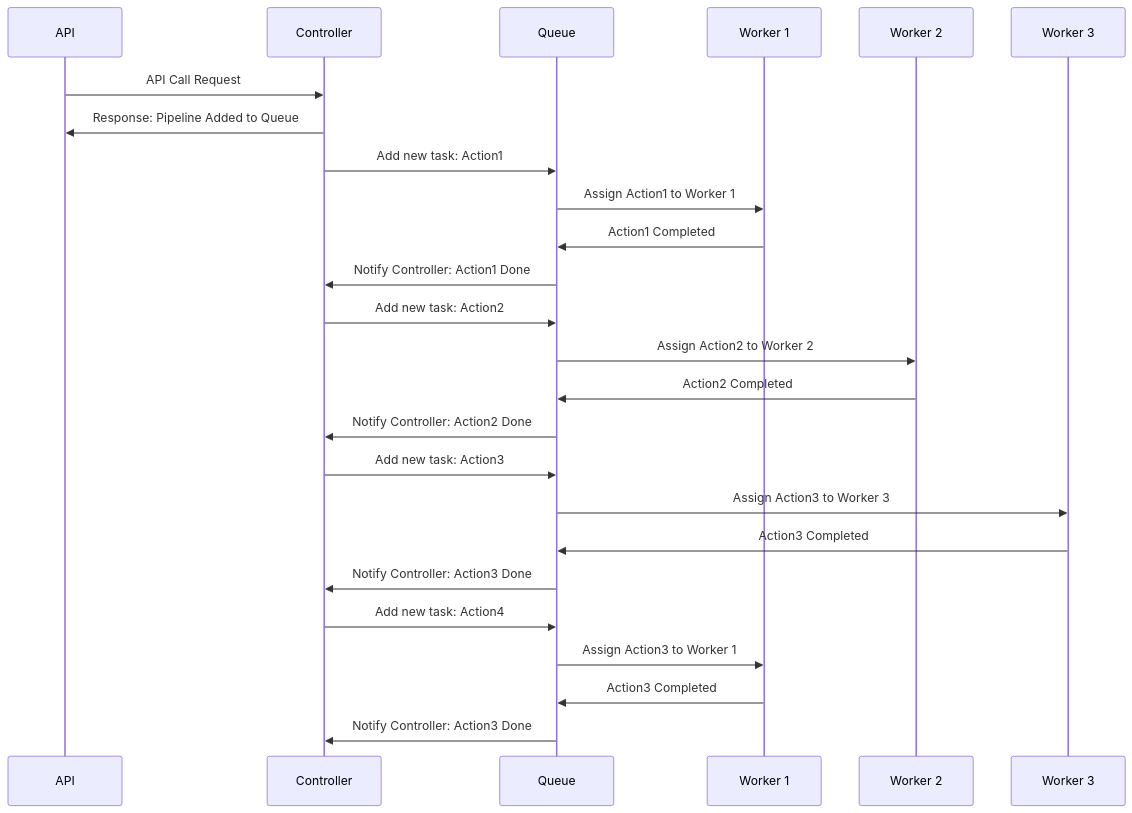
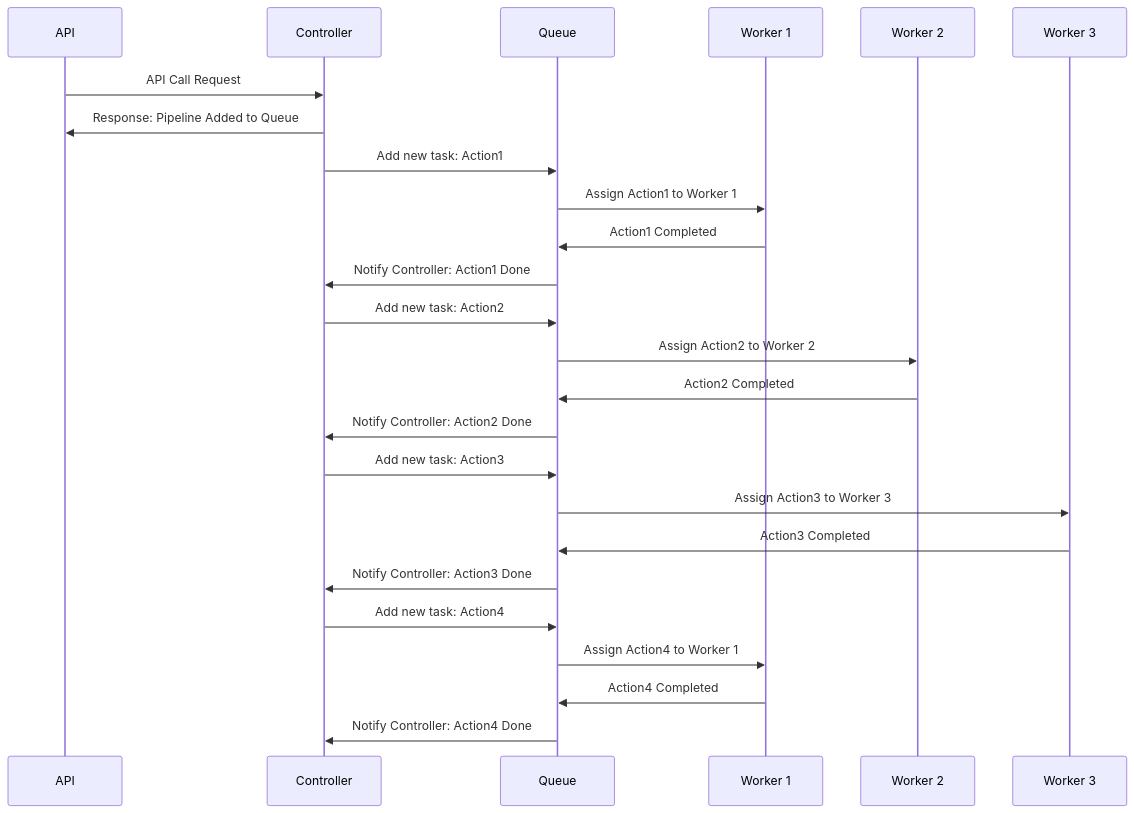
The diagram in README.md (PiotrFerenc/task-tower), drawn with Mermaid before and after one commit.

Commit message:
Update README task processing diagram and To-Do list
The task processing diagram in the README file has been updated to correctly assign and complete Action4 instead of Action3. Additionally, the To-Do list has been reordered: CLI-related tasks have been moved from the version 1.0 list to the version 2.0 list.

````diff
--- a/README.md
+++ b/README.md
@@ -33,28 +33,28 @@
 ```mermaid
 sequenceDiagram
     participant a as API
     participant c as Controller
     participant q as Queue
     participant w1 as Worker 1 
     participant w2 as Worker 2
     participant w3 as Worker 3
 
     a->>c: API Call Request
     c->>a: Response: Pipeline Added to Queue
     c->>q: Add new task: Action1
     q->>w1: Assign Action1 to Worker 1
     w1->>q: Action1 Completed
     q->>c: Notify Controller: Action1 Done
     c->>q: Add new task: Action2
     q->>w2: Assign Action2 to Worker 2
     w2->>q: Action2 Completed
     q->>c: Notify Controller: Action2 Done
     c->>q: Add new task: Action3
     q->>w3: Assign Action3 to Worker 3
     w3->>q: Action3 Completed
     q->>c: Notify Controller: Action3 Done
     c->>q: Add new task: Action4
-    q->>w1: Assign Action3 to Worker 1
-    w1->>q: Action3 Completed
-    q->>c: Notify Controller: Action3 Done
+    q->>w1: Assign Action4 to Worker 1
+    w1->>q: Action4 Completed
+    q->>c: Notify Controller: Action4 Done
 ```
````
